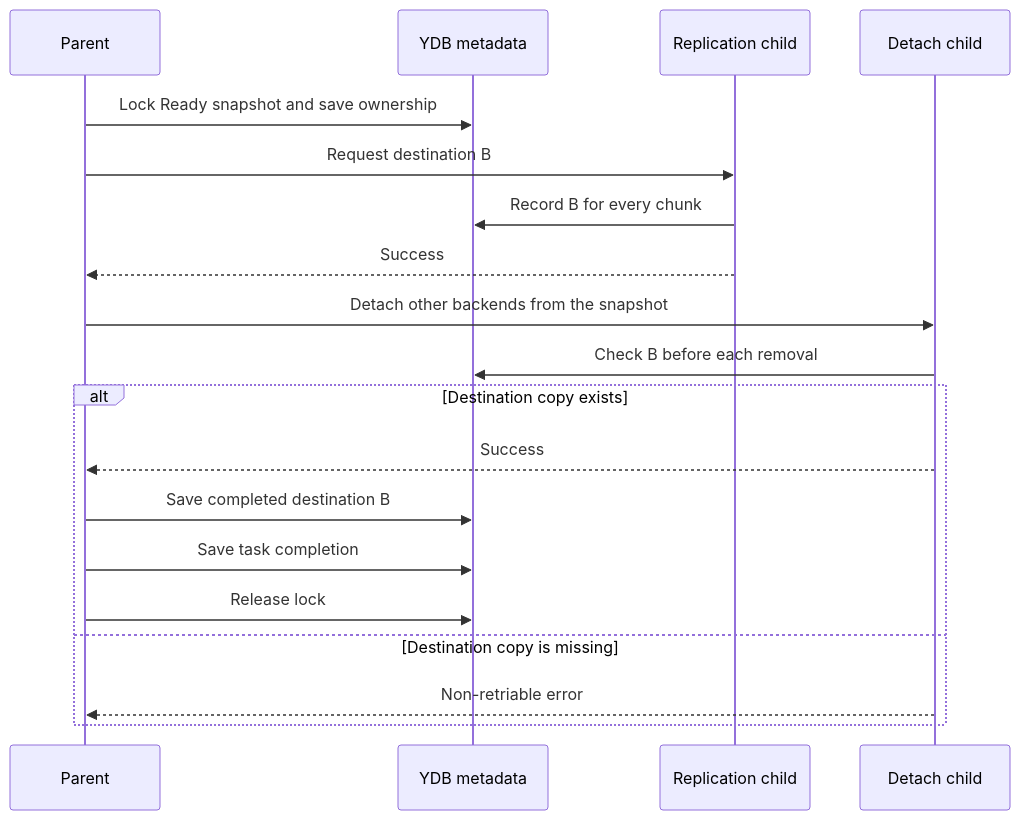
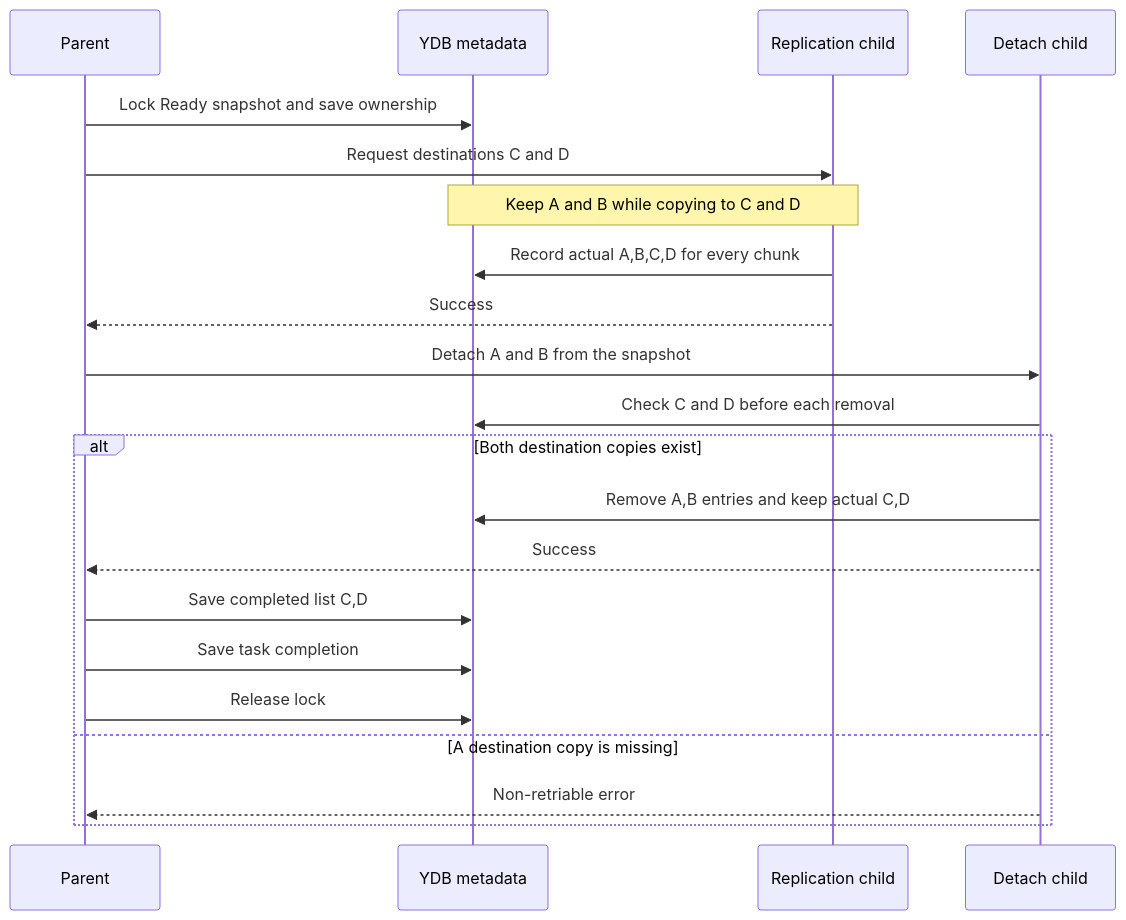
The eighth of 10 diagrams in doc/disk_manager/chunk_storage/design_doc.md (ydb-platform/nbs), drawn with Mermaid before and after one commit. The commit also changed other lines of this file, not shown here.

````diff
--- a/doc/disk_manager/chunk_storage/design_doc.md
+++ b/doc/disk_manager/chunk_storage/design_doc.md
@@ -321,21 +323,23 @@
 ```mermaid
 sequenceDiagram
     participant Parent
     participant DB as YDB metadata
     participant Copy as Replication child
     participant Detach as Detach child
     Parent->>DB: Lock Ready snapshot and save ownership
-    Parent->>Copy: Request destination B
-    Copy->>DB: Record B for every chunk
+    Parent->>Copy: Request destinations C and D
+    Note over Copy,DB: Keep A and B while copying to C and D
+    Copy->>DB: Record actual A,B,C,D for every chunk
     Copy-->>Parent: Success
-    Parent->>Detach: Detach other backends from the snapshot
-    Detach->>DB: Check B before each removal
-    alt Destination copy exists
+    Parent->>Detach: Detach A and B from the snapshot
+    Detach->>DB: Check C and D before each removal
+    alt Both destination copies exist
+        Detach->>DB: Remove A,B entries and keep actual C,D
         Detach-->>Parent: Success
-        Parent->>DB: Save completed destination B
+        Parent->>DB: Save completed list C,D
         Parent->>DB: Save task completion
         Parent->>DB: Release lock
-    else Destination copy is missing
+    else A destination copy is missing
         Detach-->>Parent: Non-retriable error
     end
 ```
````
